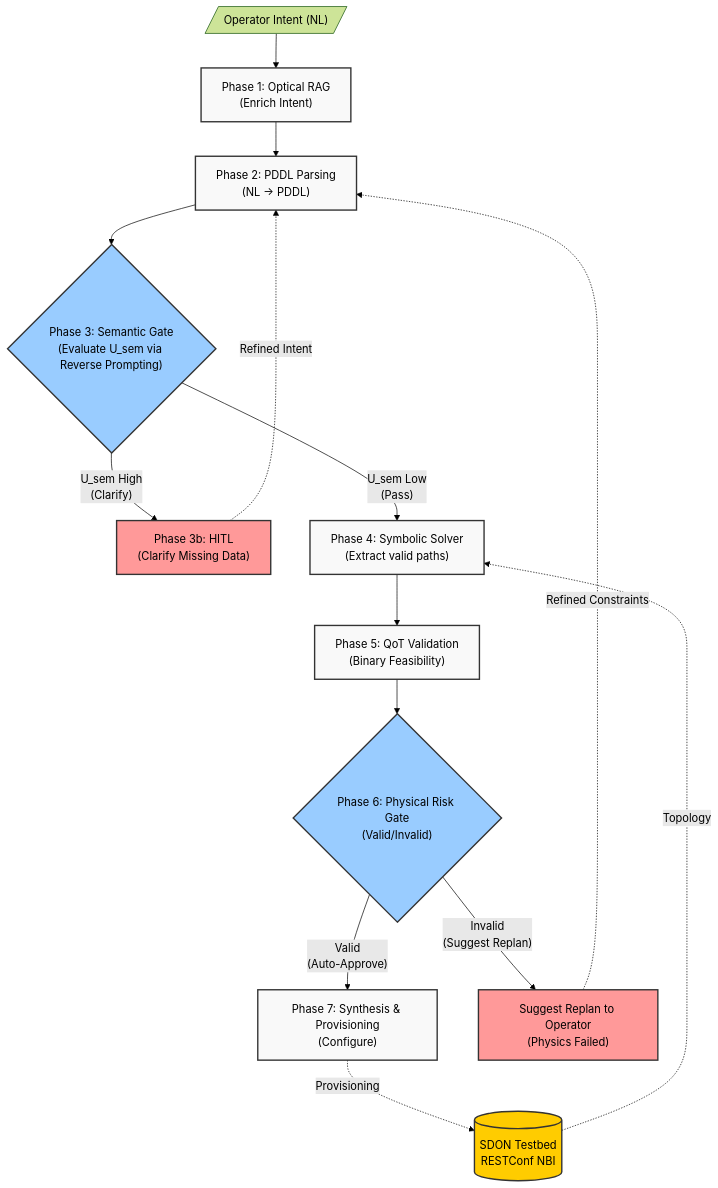
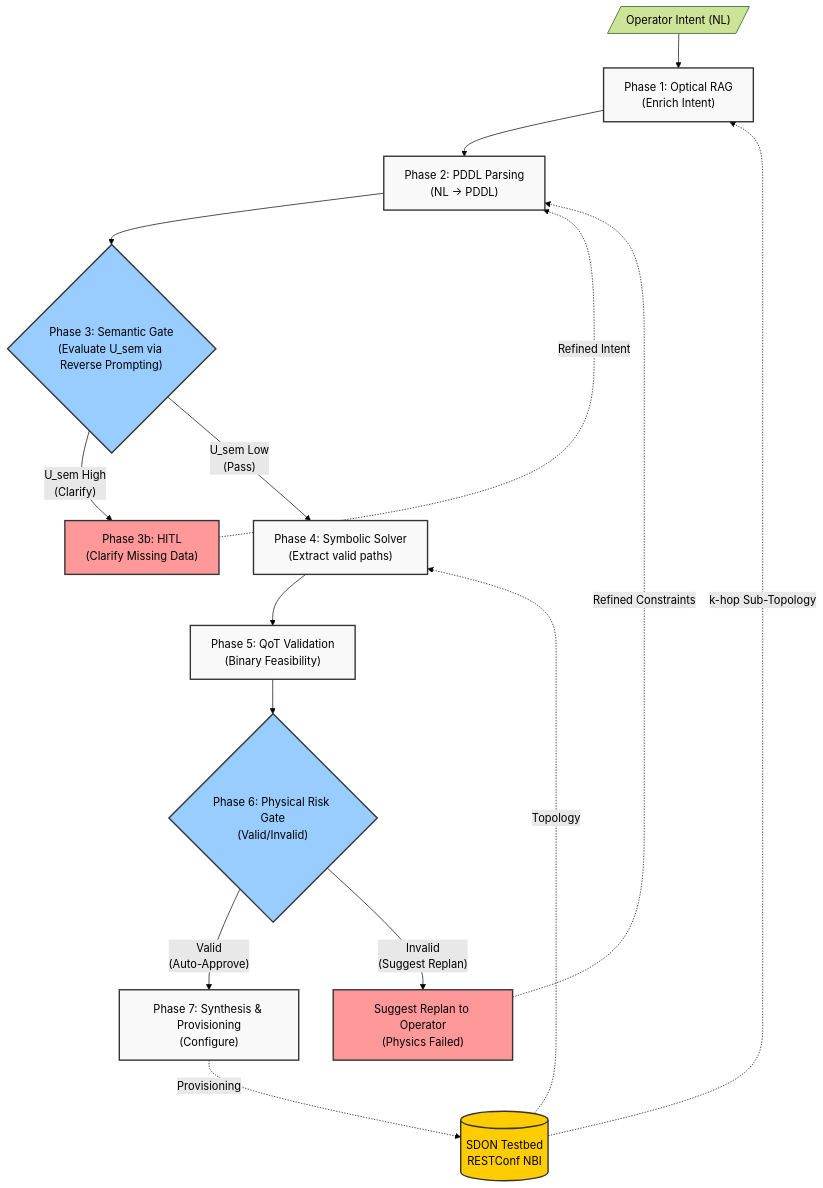
Before and after one commit to ABADIAb/MultiAgent-ON: the diagram in docs/LLM_Wiki/wiki/architecture/Architecture_v5.md, drawn with Mermaid (forest theme). The commit also changed other lines of this file, not shown here.

Commit message:
docs(architecture): update V5 diagram and text for GraphRAG in Phase 1

````diff
--- a/docs/LLM_Wiki/wiki/architecture/Architecture_v5.md
+++ b/docs/LLM_Wiki/wiki/architecture/Architecture_v5.md
@@ -33,39 +33,40 @@
 ```mermaid
 flowchart TD
     %% Styling
     classDef phase fill:#f9f9f9,stroke:#333,stroke-width:2px
     classDef decision fill:#99ccff,stroke:#333,stroke-width:2px
     classDef hitl fill:#ff9999,stroke:#333,stroke-width:2px
     classDef testbed fill:#ffcc00,stroke:#333,stroke-width:2px
     classDef reject fill:#ff6666,stroke:#333,stroke-width:2px,color:#fff
 
     UserIntent[/"Operator Intent (NL)"/] --> Phase1
      
     Phase1["Phase 1: Optical RAG<br/>(Enrich Intent)"]:::phase
     Phase2["Phase 2: PDDL Parsing<br/>(NL → PDDL)"]:::phase
     Phase3{"Phase 3: Semantic Gate<br/>(Evaluate U_sem via Reverse Prompting)"}:::decision
     Phase3b["Phase 3b: HITL<br/>(Clarify Missing Data)"]:::hitl
     Phase4["Phase 4: Symbolic Solver<br/>(Extract valid paths)"]:::phase
     Phase5["Phase 5: QoT Validation<br/>(Binary Feasibility)"]:::phase
     Phase6{"Phase 6: Physical Risk Gate<br/>(Valid/Invalid)"}:::decision
     Phase7["Phase 7: Synthesis & Provisioning<br/>(Configure)"]:::phase
     
     Replan["Suggest Replan to Operator<br/>(Physics Failed)"]:::hitl
     
     Phase1 --> Phase2
     Phase2 --> Phase3
     Phase3 -->|"U_sem High<br/>(Clarify)"| Phase3b
     Phase3b -.->|"Refined Intent"| Phase2
     Phase3 -->|"U_sem Low<br/>(Pass)"| Phase4
     Phase4 --> Phase5
     Phase5 --> Phase6
     
     Phase6 -->|"Valid<br/>(Auto-Approve)"| Phase7
     Phase6 -->|"Invalid<br/>(Suggest Replan)"| Replan
 
     Replan -.->|"Refined Constraints"| Phase2
 
     Testbed[("SDON Testbed<br/>RESTConf NBI")]:::testbed
     Phase7 -.->|"Provisioning"| Testbed
+    Testbed -.->|"k-hop Sub-Topology"| Phase1
     Testbed -.->|"Topology"| Phase4
 ```
````
